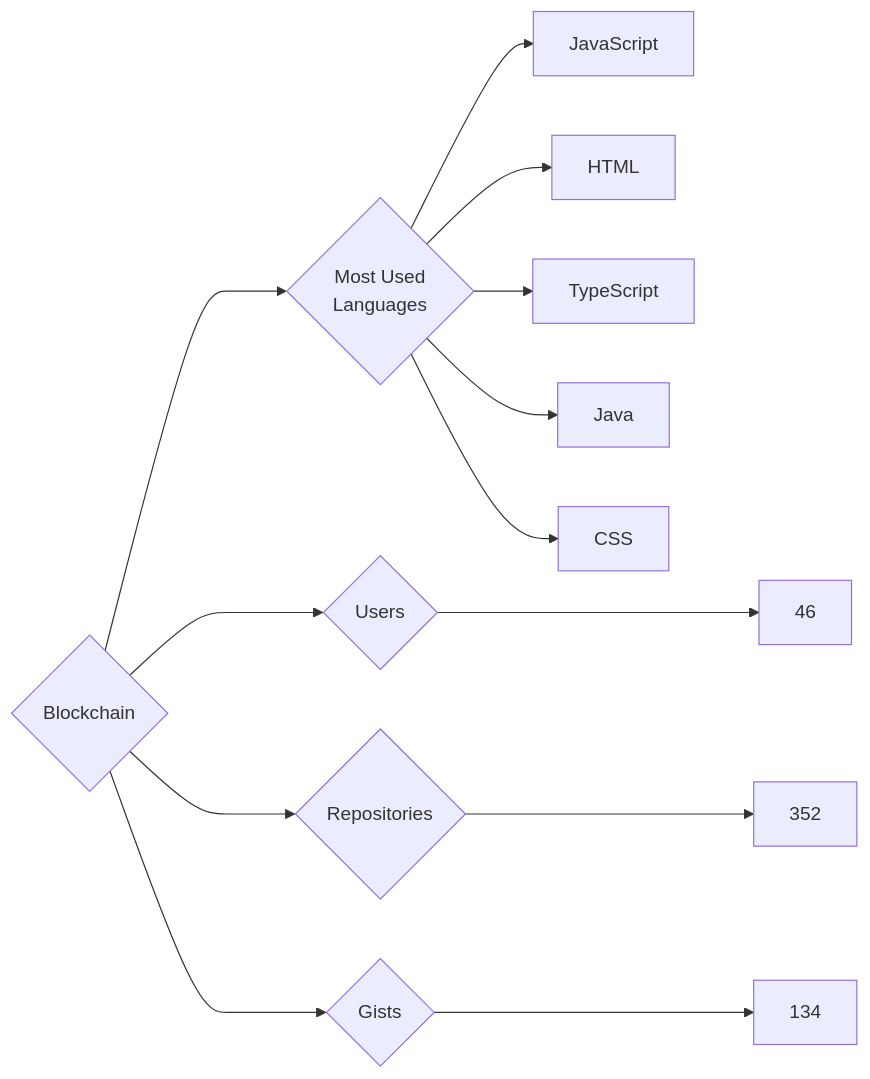
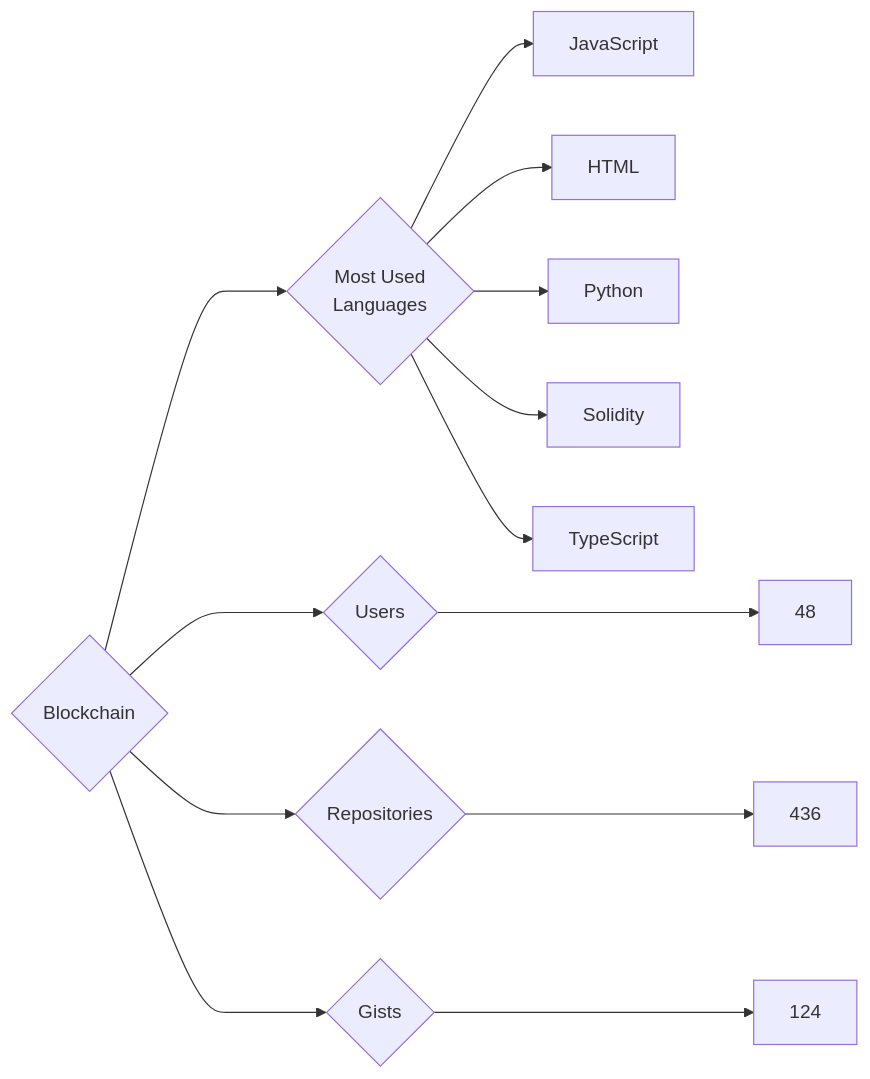
The diagram in targets/Blockchain/README.md (trickest/insiders), drawn with Mermaid before and after one commit. The commit also changed 644 other files, not shown here.

````diff
--- a/targets/Blockchain/README.md
+++ b/targets/Blockchain/README.md
@@ -3,13 +3,13 @@
 ```mermaid
 graph LR
 COMPANY_NAME{Blockchain}
-COMPANY_NAME ---> U{Users} ---> UN[46]
-COMPANY_NAME ---> R{Repositories} ---> RN[352]
-COMPANY_NAME ---> G{Gists} ---> GN[134]
+COMPANY_NAME ---> U{Users} ---> UN[48]
+COMPANY_NAME ---> R{Repositories} ---> RN[436]
+COMPANY_NAME ---> G{Gists} ---> GN[124]
 COMPANY_NAME ---> ML{Most Used<br>Languages}
 ML --> JavaScript[JavaScript]
 ML --> HTML[HTML]
+ML --> Python[Python]
+ML --> Solidity[Solidity]
 ML --> TypeScript[TypeScript]
-ML --> Java[Java]
-ML --> CSS[CSS]
 ```
````
